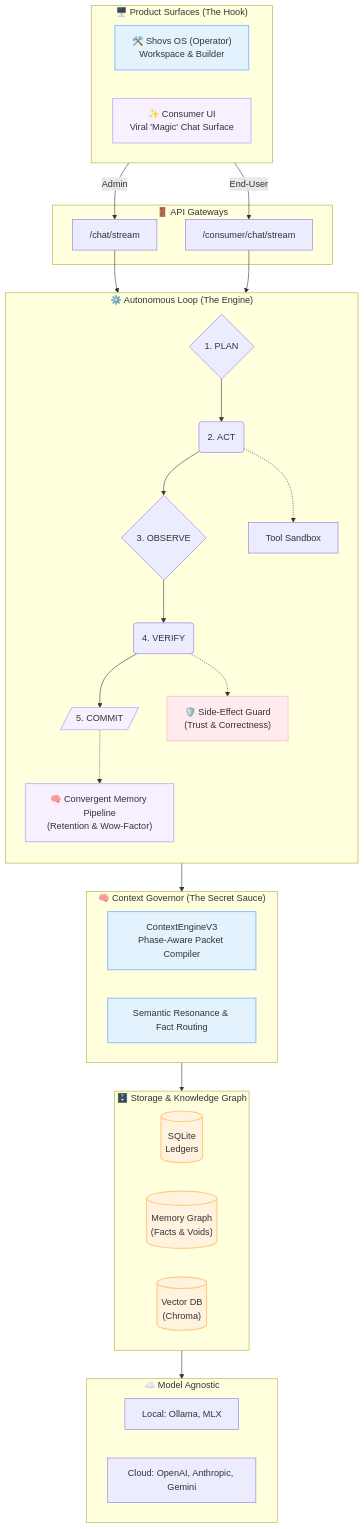
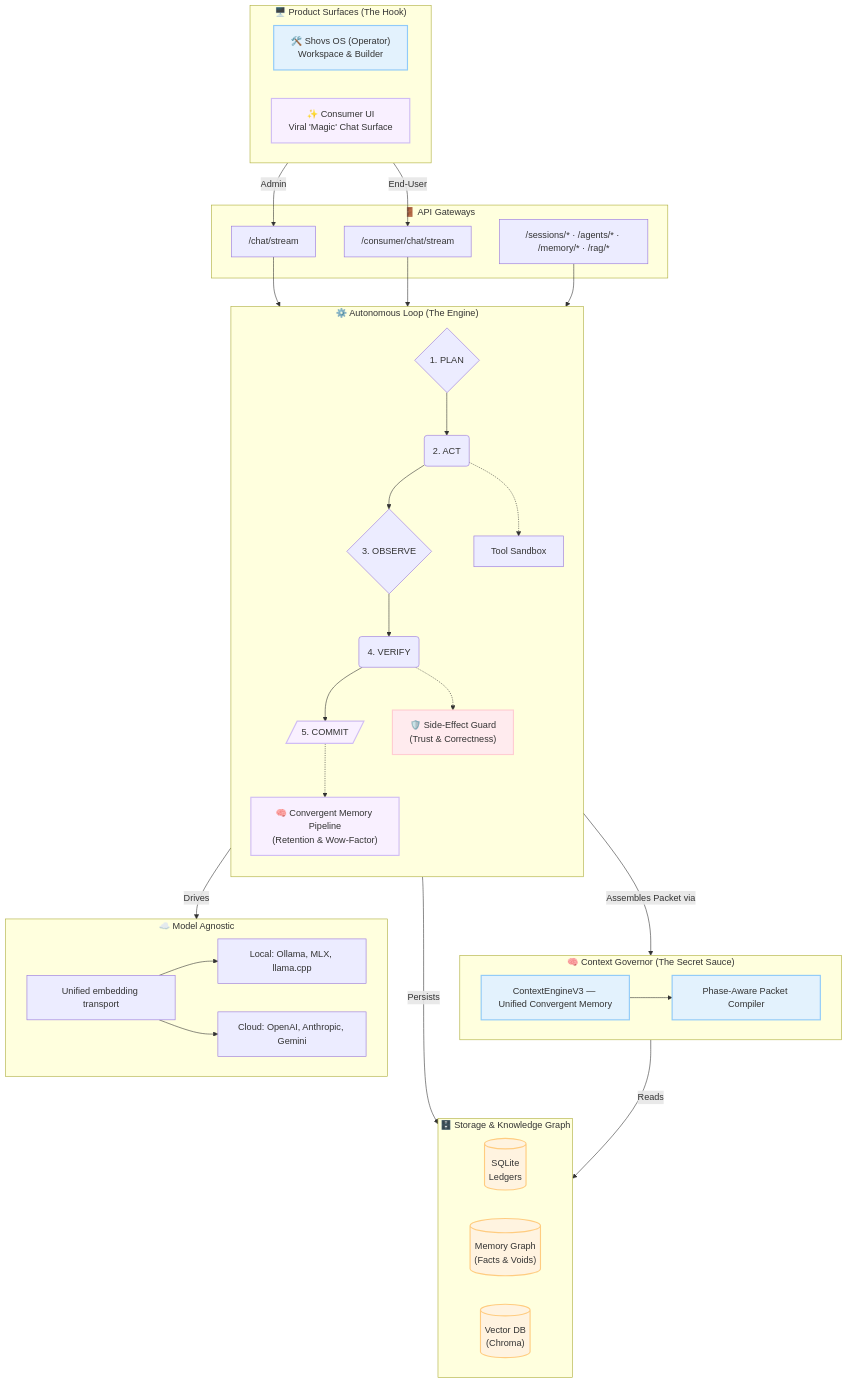
One commit to theshovonsaha/shovsOS changed the diagram in README.md. Above: the diagram before and after it, drawn with Mermaid. The commit also changed other lines of this file, not shown here.

Commit message:
Readme Update

````diff
--- a/README.md
+++ b/README.md
@@ -31,53 +31,59 @@
 ```mermaid
 flowchart TD
   classDef magic fill:#f9f0ff,stroke:#d0bdf4,stroke-width:2px,color:#333
   classDef guard fill:#ffebee,stroke:#ffcdd2,stroke-width:2px,color:#333
   classDef storage fill:#fff3e0,stroke:#ffcc80,stroke-width:2px,color:#333
   classDef tech fill:#e3f2fd,stroke:#90caf9,stroke-width:2px,color:#333
 
   subgraph FRONTEND["🖥️ Product Surfaces (The Hook)"]
     direction LR
     A1["🛠️ Shovs OS (Operator)<br/>Workspace & Builder"]:::tech
     A2["✨ Consumer UI<br/>Viral 'Magic' Chat Surface"]:::magic
   end
 
   subgraph FastAPI_ENTRYPOINTS["🚪 API Gateways"]
     B1["/chat/stream"]
     B2["/consumer/chat/stream"]
+    B3["/sessions/* · /agents/* · /memory/* · /rag/*"]
   end
 
   subgraph RunEngine["⚙️ Autonomous Loop (The Engine)"]
     direction TB
     C1{"1. PLAN"} --> C2("2. ACT") --> C3{"3. OBSERVE"} --> C4("4. VERIFY") --> C5[/"5. COMMIT"/]:::magic
     
     C2 -.-> C6["Tool Sandbox"]
     C4 -.-> C8["🛡️ Side-Effect Guard<br/>(Trust & Correctness)"]:::guard
     C5 -.-> C9["🧠 Convergent Memory Pipeline<br/>(Retention & Wow-Factor)"]:::magic
   end
 
   subgraph CONTEXT_GOVERNOR["🧠 Context Governor (The Secret Sauce)"]
-    D1["ContextEngineV3<br/>Phase-Aware Packet Compiler"]:::tech
-    D2["Semantic Resonance & Fact Routing"]:::tech
+    D1["ContextEngineV3 — Unified Convergent Memory"]:::tech
+    D2["Phase-Aware Packet Compiler"]:::tech
+    D1 --> D2
   end
 
   subgraph STORAGE_TOPOLOGY["🗄️ Storage & Knowledge Graph"]
     direction LR
     F1[("SQLite<br/>Ledgers")]:::storage
     F6[("Memory Graph<br/>(Facts & Voids)")]:::storage
     F8[("Vector DB<br/>(Chroma)")]:::storage
   end
 
   subgraph PROVIDERS["☁️ Model Agnostic"]
-    G1["Local: Ollama, MLX"]
+    G1["Local: Ollama, MLX, llama.cpp"]
     G2["Cloud: OpenAI, Anthropic, Gemini"]
+    G3["Unified embedding transport"]
+    G3 --> G1 & G2
   end
 
   %% Flow
   A1 -->|Admin| B1
   A2 -->|End-User| B2
-  B1 & B2 --> RunEngine
+  B1 & B2 & B3 --> RunEngine
   
-  C9 --> CONTEXT_GOVERNOR
-  CONTEXT_GOVERNOR --> STORAGE_TOPOLOGY
-  STORAGE_TOPOLOGY --> PROVIDERS
+  RunEngine -->|Drives| PROVIDERS
+  RunEngine -->|Persists| STORAGE_TOPOLOGY
+  
+  CONTEXT_GOVERNOR -->|Reads| STORAGE_TOPOLOGY
+  RunEngine -->|Assembles Packet via| CONTEXT_GOVERNOR
 ```
````
